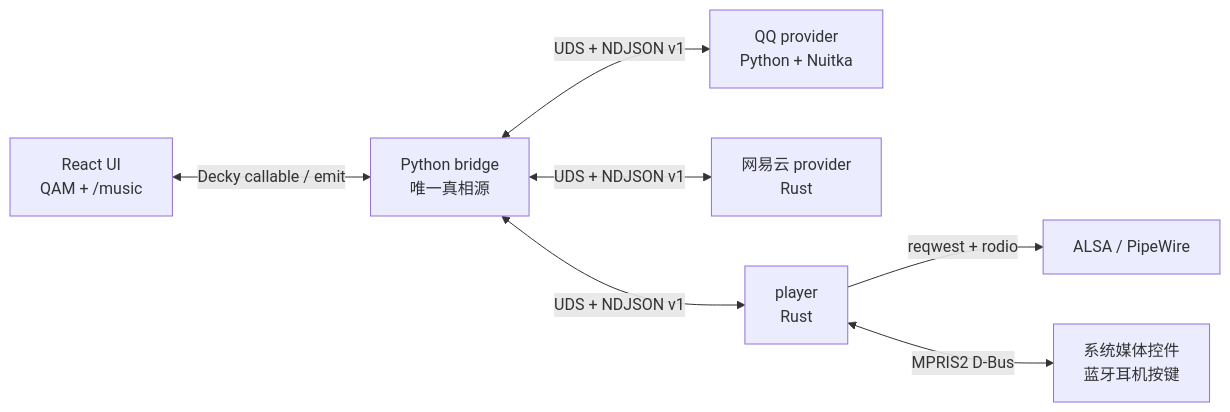
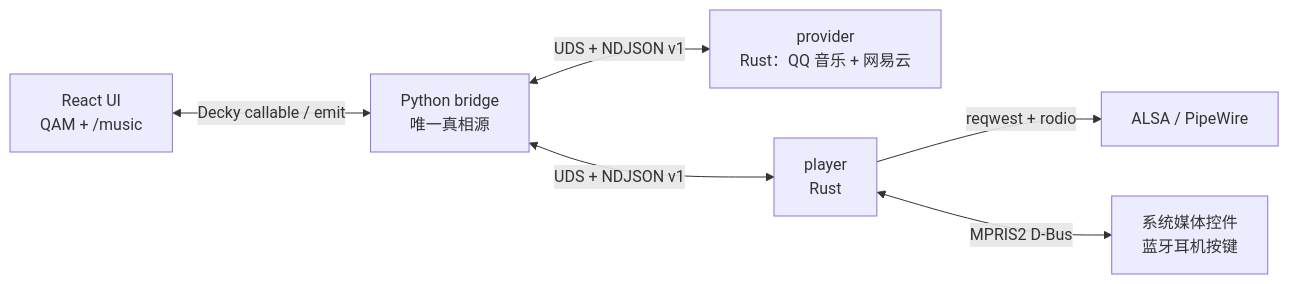
One commit to jinzhongjia/decky-music changed the diagram in README.md. Above: the diagram before and after it, drawn with Mermaid. The commit also changed other lines of this file and 20 other files, not shown here.

````diff
--- a/README.md
+++ b/README.md
@@ -139,9 +139,8 @@
 ```mermaid
 graph LR
   UI[React UI<br/>QAM + /music] <-->|Decky callable / emit| BR[Python bridge<br/>唯一真相源]
-  BR <-->|UDS + NDJSON v1| QQ[QQ provider<br/>Python + Nuitka]
-  BR <-->|UDS + NDJSON v1| NCM[网易云 provider<br/>Rust]
+  BR <-->|UDS + NDJSON v1| PROVIDER[provider<br/>Rust：QQ 音乐 + 网易云]
   BR <-->|UDS + NDJSON v1| PLAYER[player<br/>Rust]
   PLAYER -->|reqwest + rodio| AUDIO[ALSA / PipeWire]
   PLAYER <-->|MPRIS2 D-Bus| MEDIA[系统媒体控件<br/>蓝牙耳机按键]
 ```
````
